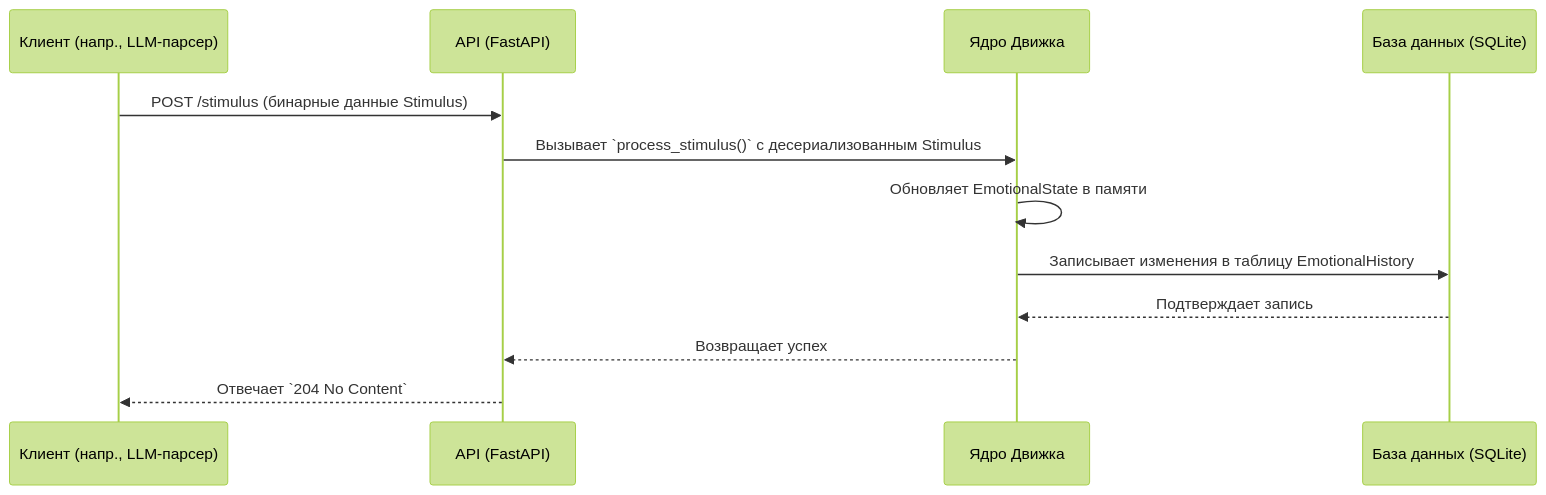
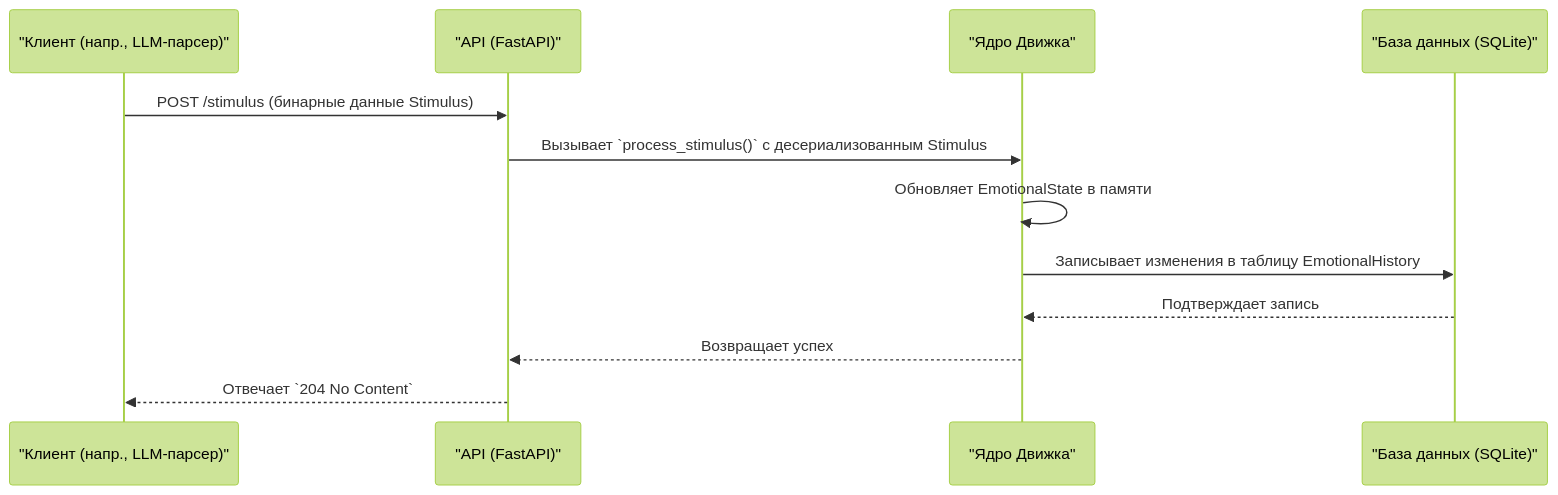
Before and after one commit to Lotargo/Conductor_bot: the diagram in docs/ru/03_api_reference.md, drawn with Mermaid (forest theme). The commit also changed 8 other files, not shown here.

````diff
--- a/docs/ru/03_api_reference.md
+++ b/docs/ru/03_api_reference.md
@@ -21,15 +21,15 @@
 ```mermaid
 sequenceDiagram
-    participant C as Клиент (напр., LLM-парсер)
-    participant A as API (FastAPI)
-    participant E as Ядро Движка
-    participant DB as База данных (SQLite)
+    participant C as "Клиент (напр., LLM-парсер)"
+    participant A as "API (FastAPI)"
+    participant E as "Ядро Движка"
+    participant DB as "База данных (SQLite)"
 
     C->>A: POST /stimulus (бинарные данные Stimulus)
     A->>E: Вызывает `process_stimulus()` с десериализованным Stimulus
     E->>E: Обновляет EmotionalState в памяти
     E->>DB: Записывает изменения в таблицу EmotionalHistory
     DB-->>E: Подтверждает запись
     E-->>A: Возвращает успех
     A-->>C: Отвечает `204 No Content`
 ```
````
